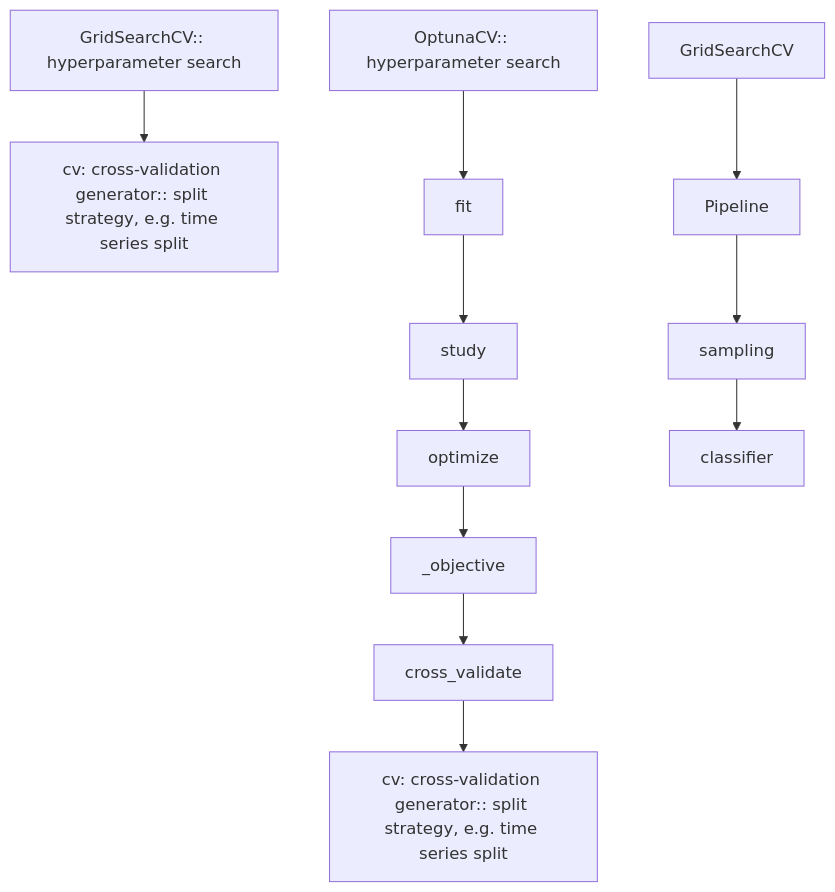
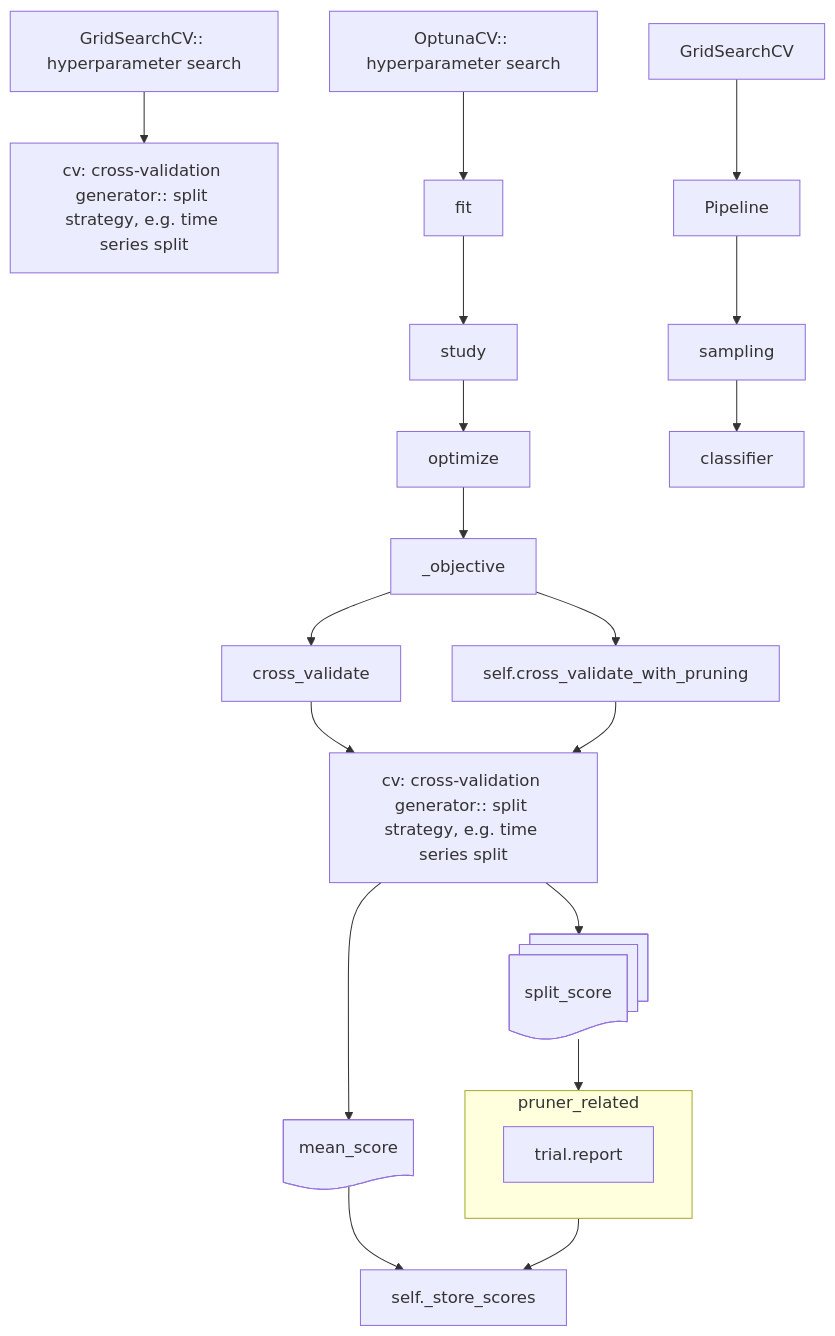
The diagram in README.md (sluofoss/learn-etc), drawn with Mermaid before and after one commit.

Commit message:
diagram update to track score flow inside optunacv

````diff
--- a/README.md
+++ b/README.md
@@ -9,8 +9,17 @@
 ```mermaid
 flowchart TD
     a[GridSearchCV:: hyperparameter search] --> b[cv: cross-validation generator:: split strategy, e.g. time series split]
 
-    aa[OptunaCV:: hyperparameter search] --> fit --> study --> optimize --> _objective --> cross_validate --> bb[cv: cross-validation generator:: split strategy, e.g. time series split]
+    aa[OptunaCV:: hyperparameter search] --> fit --> study --> optimize --> _objective 
+    
+    _objective --> cross_validate --> bb[cv: cross-validation generator:: split strategy, e.g. time series split] --> mean_score@{shape: doc, label: "mean_score"} --> self._store_scores
+
+    _objective --> self.cross_validate_with_pruning --> bb --> split_score@{shape : docs, label: "split_score"}  --> pruner_related --> self._store_scores
+
+    subgraph pruner_related
+      trial.report 
+      
+    end
 
     aaa[GridSearchCV] --> bbb[Pipeline] --> ccc[sampling ] --> classifier
 ```
````
